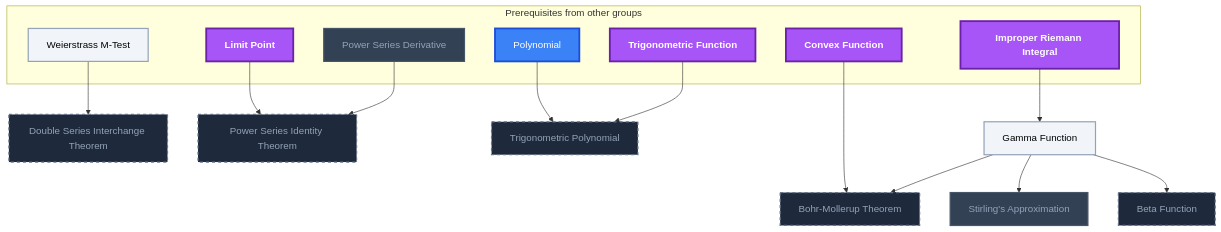
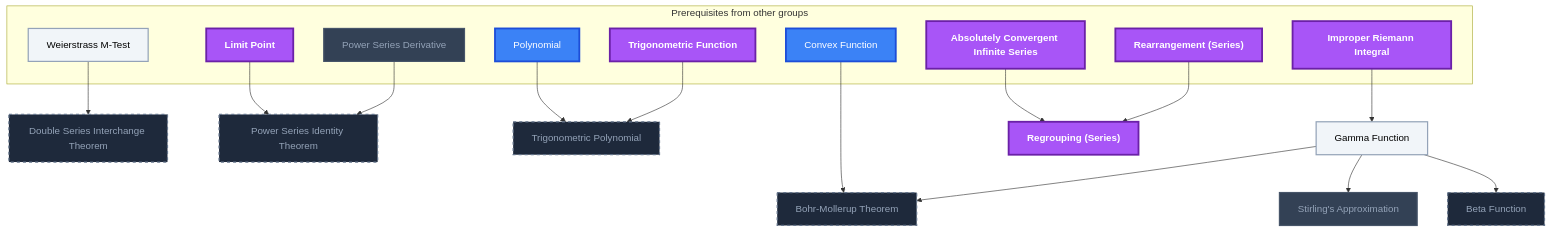
Diagram 14 of 22 in Gamification/Skill Trees/Real Analysis.md (MRauf1/My-Notes), drawn with Mermaid before and after one commit. The commit also changed other lines of this file and 73 other files, not shown here.

````diff
--- a/Gamification/Skill Trees/Real Analysis.md
+++ b/Gamification/Skill Trees/Real Analysis.md
@@ -1218,44 +1217,49 @@
 ```mermaid
 flowchart TD
     classDef planned fill:#1E293B,stroke:#64748B,stroke-width:2px,stroke-dasharray:5 5,color:#94A3B8;
     classDef locked fill:#334155,stroke:#475569,stroke-width:2px,color:#94A3B8;
     classDef L0 fill:#F1F5F9,stroke:#94A3B8,stroke-width:2px,color:#000000;
     classDef L1 fill:#22C55E,stroke:#15803D,stroke-width:2px,color:#000000;
     classDef L2 fill:#3B82F6,stroke:#1D4ED8,stroke-width:3px,color:#FFFFFF;
     classDef L3 fill:#A855F7,stroke:#6B21A8,stroke-width:3px,color:#FFFFFF,font-weight:bold;
     classDef L4 fill:#F97316,stroke:#C2410C,stroke-width:4px,color:#000000,font-weight:bold;
     classDef L5 fill:#FFD700,stroke:#FF8C00,stroke-width:5px,color:#000000,font-weight:bold;
     classDef rusty stroke:#8B4513,stroke-width:4px,stroke-dasharray:3 3;
     subgraph sg_prereqs["Prerequisites from other groups"]
         n_weierstrass_m_test["Weierstrass M-Test"]
         n_limit_point["Limit Point"]
         n_power_series_derivative["Power Series Derivative"]
         n_polynomial["Polynomial"]
         n_trigonometric_function["Trigonometric Function"]
         n_convex_function["Convex Function"]
         n_improper_riemann_integral["Improper Riemann Integral"]
+        n_absolutely_convergent_infinite_series["Absolutely Convergent Infinite Series"]
+        n_rearrangement_series["Rearrangement (Series)"]
     end
     n_stirling_s_approximation["Stirling's Approximation"]
     n_double_series_interchange_theorem["Double Series Interchange Theorem"]
     n_power_series_identity_theorem["Power Series Identity Theorem"]
     n_trigonometric_polynomial["Trigonometric Polynomial"]
     n_beta_function["Beta Function"]
     n_bohr_mollerup_theorem["Bohr-Mollerup Theorem"]
     n_gamma_function["Gamma Function"]
+    n_regrouping_series["Regrouping (Series)"]
     n_gamma_function --> n_stirling_s_approximation
     n_weierstrass_m_test --> n_double_series_interchange_theorem
     n_limit_point --> n_power_series_identity_theorem
     n_power_series_derivative --> n_power_series_identity_theorem
     n_polynomial --> n_trigonometric_polynomial
     n_trigonometric_function --> n_trigonometric_polynomial
     n_gamma_function --> n_beta_function
     n_convex_function --> n_bohr_mollerup_theorem
     n_gamma_function --> n_bohr_mollerup_theorem
     n_improper_riemann_integral --> n_gamma_function
+    n_absolutely_convergent_infinite_series --> n_regrouping_series
+    n_rearrangement_series --> n_regrouping_series
     class n_double_series_interchange_theorem,n_power_series_identity_theorem,n_trigonometric_polynomial,n_beta_function,n_bohr_mollerup_theorem planned;
     class n_power_series_derivative,n_stirling_s_approximation locked;
     class n_weierstrass_m_test,n_gamma_function L0;
-    class n_polynomial L2;
-    class n_limit_point,n_trigonometric_function,n_convex_function,n_improper_riemann_integral L3;
-    class n_weierstrass_m_test,n_limit_point,n_power_series_derivative,n_polynomial,n_trigonometric_function,n_convex_function,n_improper_riemann_integral,n_stirling_s_approximation,n_gamma_function internal-link;
+    class n_polynomial,n_convex_function L2;
+    class n_limit_point,n_trigonometric_function,n_improper_riemann_integral,n_absolutely_convergent_infinite_series,n_rearrangement_series,n_regrouping_series L3;
+    class n_weierstrass_m_test,n_limit_point,n_power_series_derivative,n_polynomial,n_trigonometric_function,n_convex_function,n_improper_riemann_integral,n_absolutely_convergent_infinite_series,n_rearrangement_series,n_stirling_s_approximation,n_gamma_function,n_regrouping_series internal-link;
 ```
````
